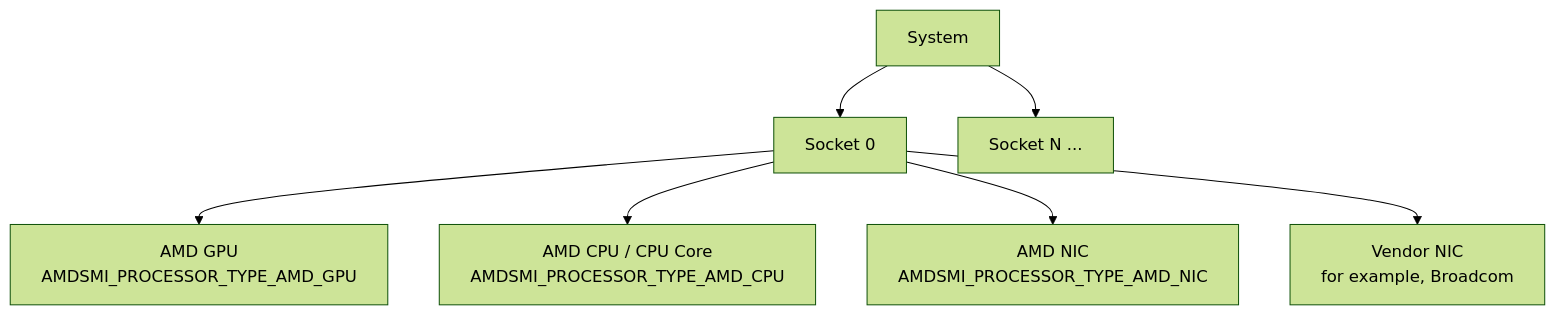
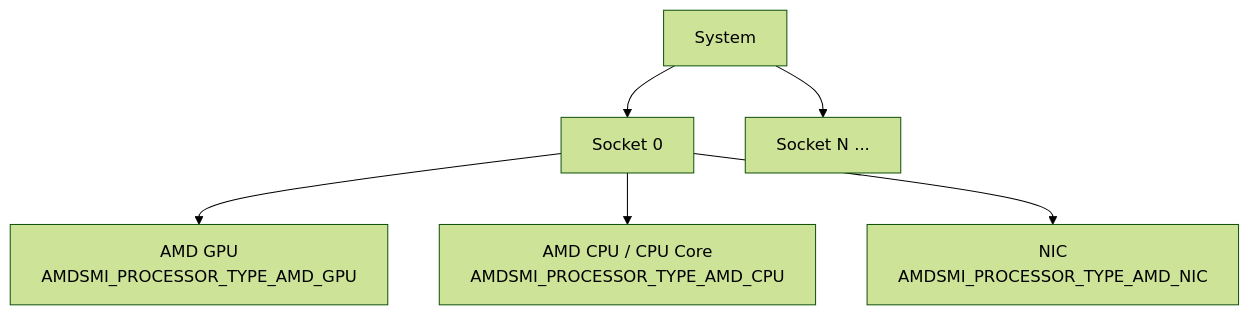
One commit to ROCm/rocm-systems changed the first of 2 diagrams in projects/amdsmi/docs/how-to/amdsmi-nic-integration.md. Above: the diagram before and after it, drawn with Mermaid (forest theme). The commit also changed other lines of this file and 199 other files, not shown here.

First line of the commit message:
feat(amdsmi): replace the lspci NIC stack, add NIC statistics, logging and type (#12724)

````diff
--- a/projects/amdsmi/docs/how-to/amdsmi-nic-integration.md
+++ b/projects/amdsmi/docs/how-to/amdsmi-nic-integration.md
@@ -88,9 +94,8 @@
 ```mermaid
 flowchart TD
     System[System] --> Socket0[Socket 0]
     System --> SocketN[Socket N ...]
     Socket0 --> GPU[AMD GPU<br/>AMDSMI_PROCESSOR_TYPE_AMD_GPU]
     Socket0 --> CPU[AMD CPU / CPU Core<br/>AMDSMI_PROCESSOR_TYPE_AMD_CPU]
-    Socket0 --> NIC[AMD NIC<br/>AMDSMI_PROCESSOR_TYPE_AMD_NIC]
-    Socket0 --> VNIC[Vendor NIC<br/>for example, Broadcom]
+    Socket0 --> NIC[NIC<br/>AMDSMI_PROCESSOR_TYPE_AMD_NIC]
 ```
````
